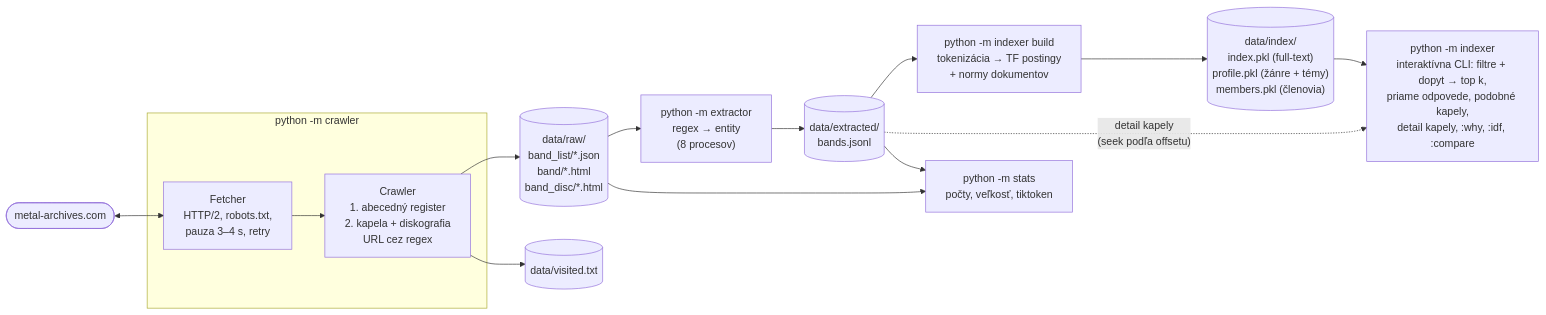
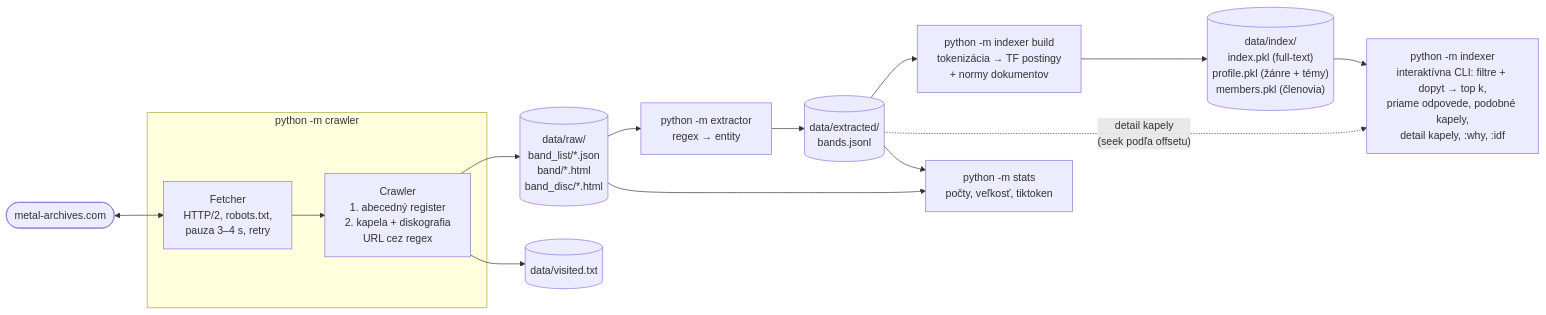
The first of 8 diagrams in docs/odovzdanie1.md (K-o-m-A/vinf), drawn with Mermaid before and after one commit. The commit also changed other lines of this file and 9 other files, not shown here.

````diff
--- a/docs/odovzdanie1.md
+++ b/docs/odovzdanie1.md
@@ -93,17 +108,17 @@
 ```mermaid
 flowchart LR
     WEB(["metal-archives.com"]) <--> F
     subgraph CR["python -m crawler"]
         F["Fetcher<br/>HTTP/2, robots.txt,<br/>pauza 3–4 s, retry"] --> C["Crawler<br/>1. abecedný register<br/>2. kapela + diskografia<br/>URL cez regex"]
     end
     C --> RAW[("data/raw/<br/>band_list/*.json<br/>band/*.html<br/>band_disc/*.html")]
     C --> V[("data/visited.txt")]
-    RAW --> EX["python -m extractor<br/>regex → entity<br/>(8 procesov)"]
+    RAW --> EX["python -m extractor<br/>regex → entity<br/>"]
     EX --> J[("data/extracted/<br/>bands.jsonl")]
     J --> IX["python -m indexer build<br/>tokenizácia → TF postingy<br/>+ normy dokumentov"]
     IX --> I[("data/index/<br/>index.pkl (full-text)<br/>profile.pkl (žánre + témy)<br/>members.pkl (členovia)")]
-    I --> S["python -m indexer<br/>interaktívna CLI: filtre + dopyt → top k,<br/>priame odpovede, podobné kapely,<br/>detail kapely, :why, :idf, :compare"]
+    I --> S["python -m indexer<br/>interaktívna CLI: filtre + dopyt → top k,<br/>priame odpovede, podobné kapely,<br/>detail kapely, :why, :idf"]
     J -. "detail kapely<br/>(seek podľa offsetu)" .-> S
     RAW --> ST["python -m stats<br/>počty, veľkosť, tiktoken"]
     J --> ST
 ```
````
